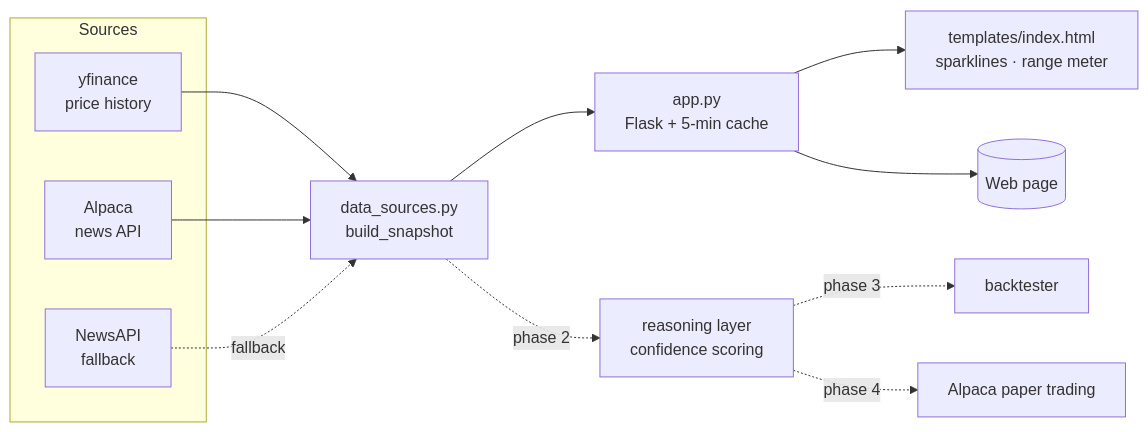
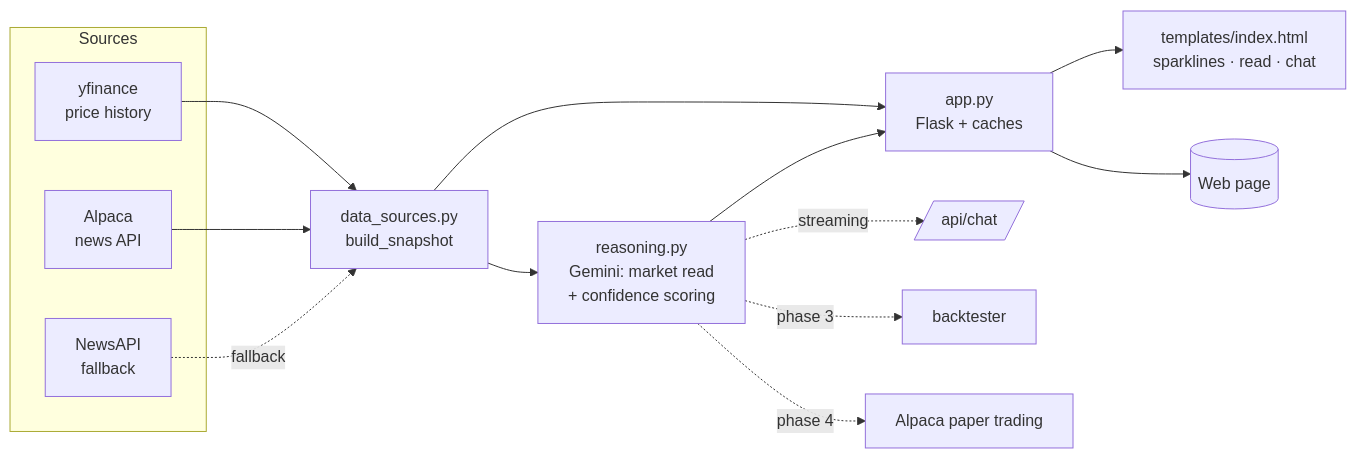
The diagram in README.md (prawbase7/AI_Agent), drawn with Mermaid before and after one commit. The commit also changed other lines of this file and 10 other files, not shown here.

First line of the commit message:
Add LLM reasoning layer and grounded chat (Phase 2)

````diff
--- a/README.md
+++ b/README.md
@@ -45,20 +50,22 @@
 ```mermaid
 flowchart LR
     subgraph Sources
         YF[yfinance\nprice history]
         AL[Alpaca\nnews API]
         NA[NewsAPI\nfallback]
     end
 
     YF --> DS[data_sources.py\nbuild_snapshot]
     AL --> DS
     NA -.fallback.-> DS
 
-    DS --> APP[app.py\nFlask + 5-min cache]
-    APP --> VIEW[templates/index.html\nsparklines · range meter]
+    DS --> APP[app.py\nFlask + caches]
+    DS --> RE[reasoning.py\nGemini: market read\n+ confidence scoring]
+    RE --> APP
+    APP --> VIEW[templates/index.html\nsparklines · read · chat]
     APP --> WEB[(Web page)]
+    RE -. streaming .-> CHAT[/api/chat/]
 
-    DS -.->|phase 2| LLM[reasoning layer\nconfidence scoring]
-    LLM -.->|phase 3| BT[backtester]
-    LLM -.->|phase 4| PT[Alpaca paper trading]
+    RE -.->|phase 3| BT[backtester]
+    RE -.->|phase 4| PT[Alpaca paper trading]
 ```
````
